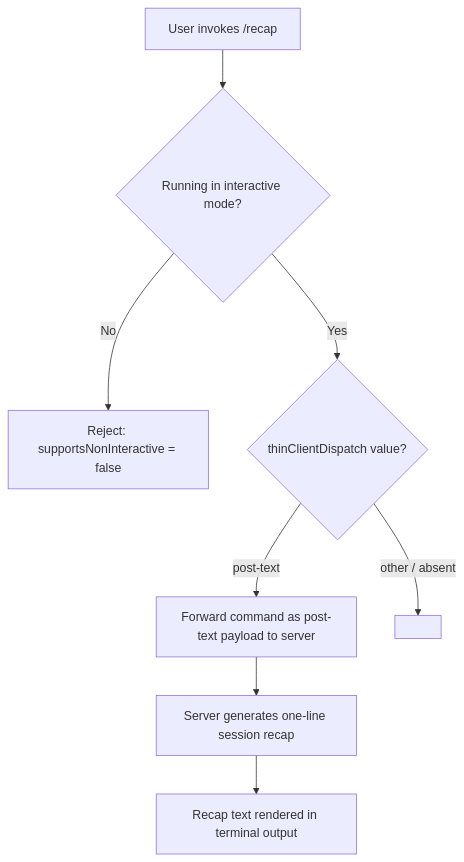
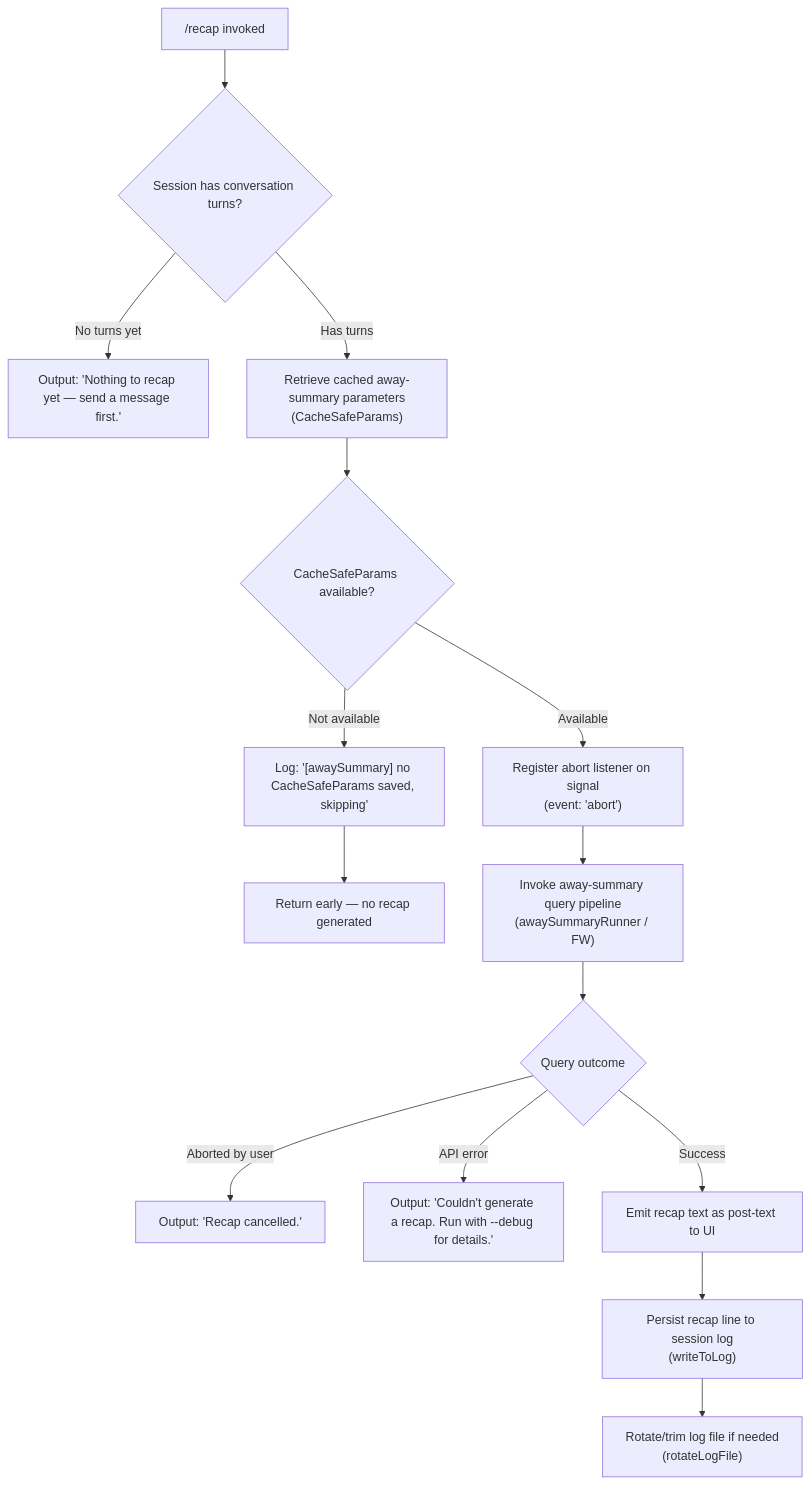
Before and after one commit to MyLittleLuckyDog/cc-gnothi: the diagram in versions/v2.1.147/recap.md, drawn with Mermaid. The commit also changed other lines of this file and 496 other files, not shown here.

````diff
--- a/versions/v2.1.147/recap.md
+++ b/versions/v2.1.147/recap.md
@@ -47,10 +58,17 @@
 ```mermaid
 flowchart TD
-    A[User invokes /recap] --> B{Running in interactive mode?}
-    B -- No --> C[Reject: supportsNonInteractive = false]
-    B -- Yes --> D{thinClientDispatch value?}
-    D -- post-text --> E[Forward command as post-text payload to server]
-    E --> F[Server generates one-line session recap]
-    F --> G[Recap text rendered in terminal output]
-    D -- other / absent --> H[<!-- TODO: not found in depth-2 traversal; needs --depth 4 -->]
+    A["/recap invoked"] --> B{Session has conversation turns?}
+    B -- No turns yet --> C["Output: 'Nothing to recap yet — send a message first.'"]
+    B -- Has turns --> D["Retrieve cached away-summary parameters\n(CacheSafeParams)"]
+    D --> E{CacheSafeParams available?}
+    E -- Not available --> F["Log: '[awaySummary] no CacheSafeParams saved, skipping'"]
+    F --> G["Return early — no recap generated"]
+    E -- Available --> H["Register abort listener on signal\n(event: 'abort')"]
+    H --> I["Invoke away-summary query pipeline\n(awaySummaryRunner / FW)"]
+    I --> J{Query outcome}
+    J -- Aborted by user --> K["Output: 'Recap cancelled.'"]
+    J -- API error --> L["Output: 'Couldn't generate a recap. Run with --debug for details.'"]
+    J -- Success --> M["Emit recap text as post-text to UI"]
+    M --> N["Persist recap line to session log\n(writeToLog)"]
+    N --> O["Rotate/trim log file if needed\n(rotateLogFile)"]
 ```
````
